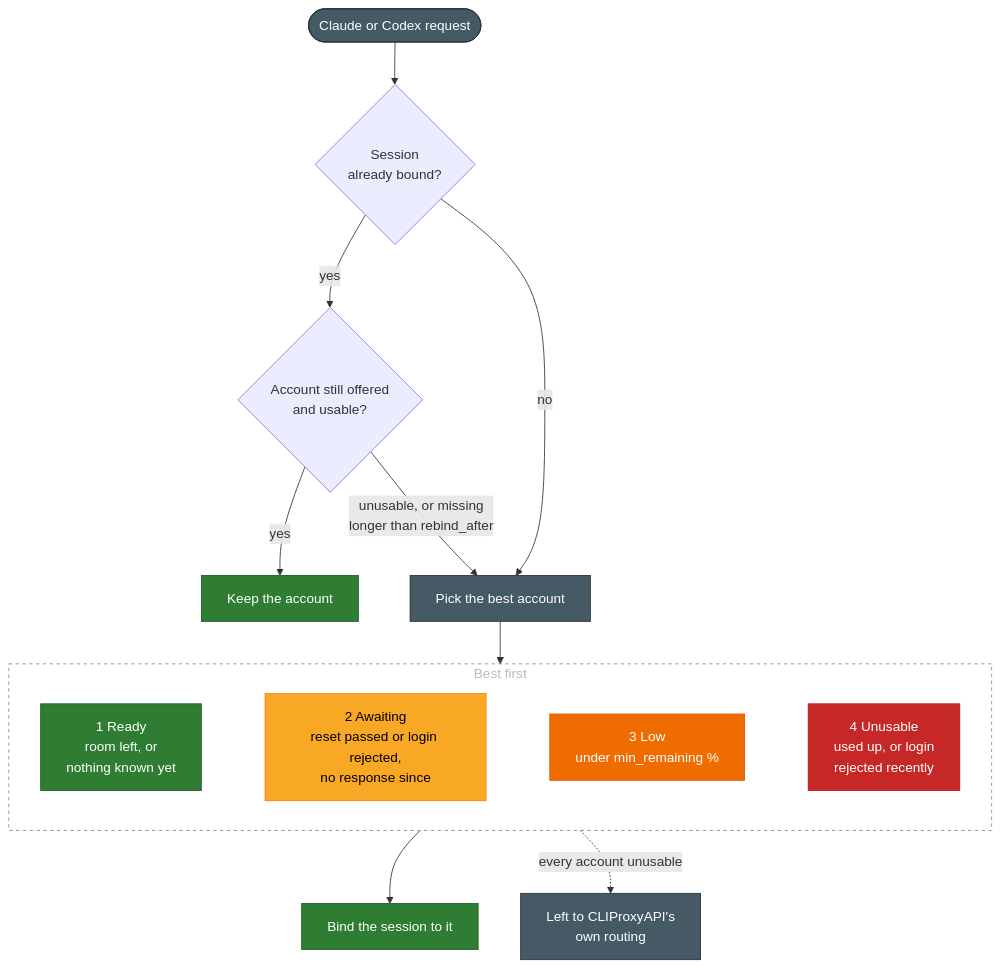
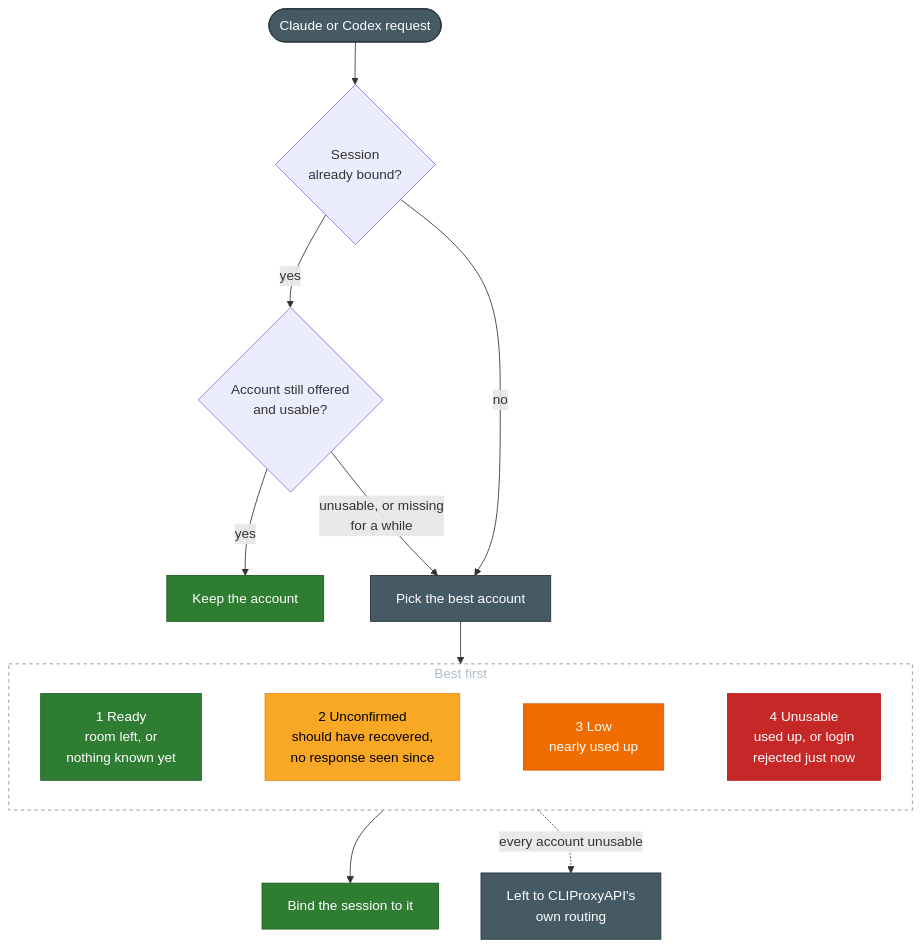
One commit to stavarengo/CLIProxyAPI-Expiring-Quota-First changed the diagram in README.md. Above: the diagram before and after it, drawn with Mermaid. The commit also changed other lines of this file and 6 other files, not shown here.

````diff
--- a/README.md
+++ b/README.md
@@ -30,27 +25,27 @@
 ```mermaid
 flowchart TD
     R([Claude or Codex request]) --> B{Session<br>already bound?}
     B -- yes --> O{Account still offered<br>and usable?}
     O -- yes --> K[Keep the account]
-    O -- "unusable, or missing<br>longer than rebind_after" --> N
+    O -- "unusable, or missing<br>for a while" --> N
     B -- no --> N[Pick the best account]
     N --> RANK
     subgraph RANK[Best first]
         direction LR
-        G1[1 Ready<br>room left, or<br>nothing known yet] ~~~ G2[2 Awaiting<br>reset passed or login rejected,<br>no response since] ~~~ G3[3 Low<br>under min_remaining %] ~~~ G4[4 Unusable<br>used up, or login<br>rejected recently]
+        G1[1 Ready<br>room left, or<br>nothing known yet] ~~~ G2[2 Unconfirmed<br>should have recovered,<br>no response seen since] ~~~ G3[3 Low<br>nearly used up] ~~~ G4[4 Unusable<br>used up, or login<br>rejected just now]
     end
     RANK --> P[Bind the session to it]
     RANK -. every account unusable .-> C[Left to CLIProxyAPI's<br>own routing]
 
     classDef ready fill:#2e7d32,color:#fff,stroke:#1b5e20
     classDef waiting fill:#f9a825,color:#000,stroke:#f57f17
     classDef low fill:#ef6c00,color:#fff,stroke:#e65100
     classDef bad fill:#c62828,color:#fff,stroke:#b71c1c
     classDef neutral fill:#455a64,color:#fff,stroke:#263238
     class G1,K,P ready
     class G2 waiting
     class G3 low
     class G4 bad
     class C,R,N neutral
     style RANK fill:none,stroke:#78909c,stroke-dasharray:4,color:#b0bec5
 ```
````
